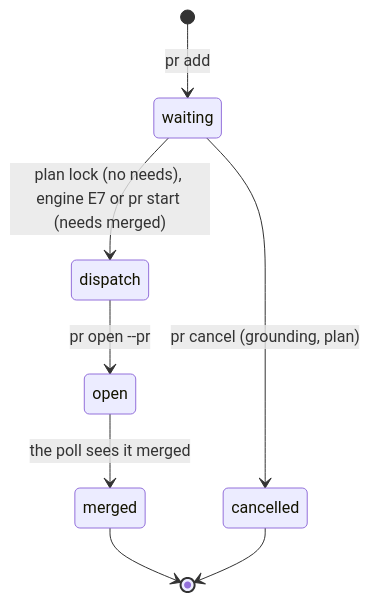
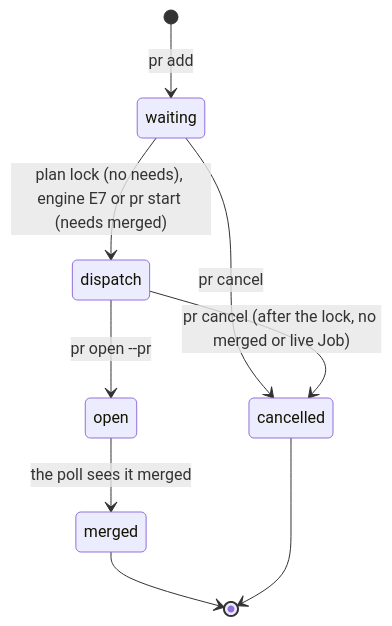
The fifth of 5 diagrams in docs/contract.md (clayton-duarte/cpd), drawn with Mermaid before and after one commit. The commit also changed other lines of this file and 4 other files, not shown here.

Commit message:
pr cancel accepts a Locked PR with no merged and no live Job; extra files: core/src/pr/open.rs (two helpers pub(super)), core/src/store/migrations/20261019T1648-pr-cancel-started.sql, core/src/store/schema.rs, core/src/store/mod.rs

````diff
--- a/docs/contract.md
+++ b/docs/contract.md
@@ -708,10 +708,11 @@
 ```mermaid
 stateDiagram-v2
   [*] --> waiting: pr add
   waiting --> dispatch: plan lock (no needs), engine E7 or pr start (needs merged)
-  waiting --> cancelled: pr cancel (grounding, plan)
+  waiting --> cancelled: pr cancel
+  dispatch --> cancelled: pr cancel (after the lock, no merged or live Job)
   dispatch --> open: pr open --pr
   open --> merged: the poll sees it merged
   merged --> [*]
   cancelled --> [*]
 ```
````
